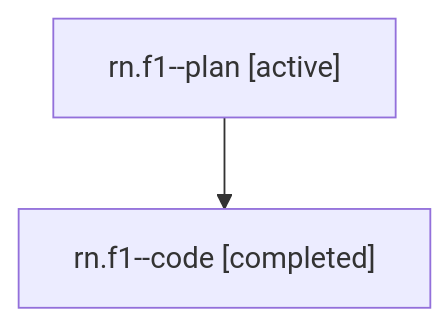
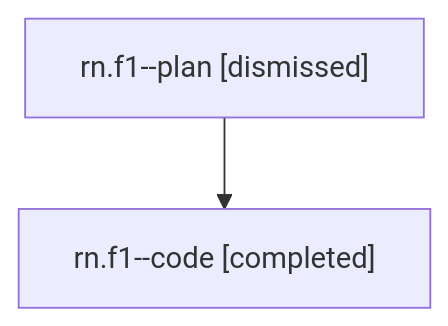
One commit to sase-org/sase--agents changed the diagram in sessions/bbugyi200.athena.rn.f1.md. Above: the diagram before and after it, drawn with Mermaid. The commit also changed other lines of this file and 28 other files, not shown here.

````diff
--- a/sessions/bbugyi200.athena.rn.f1.md
+++ b/sessions/bbugyi200.athena.rn.f1.md
@@ -9,6 +9,6 @@
 ```mermaid
 flowchart TD
-  n0["rn.f1--plan [active]"]
+  n0["rn.f1--plan [dismissed]"]
   n1["rn.f1--code [completed]"]
   n0 --> n1
 ```
````
